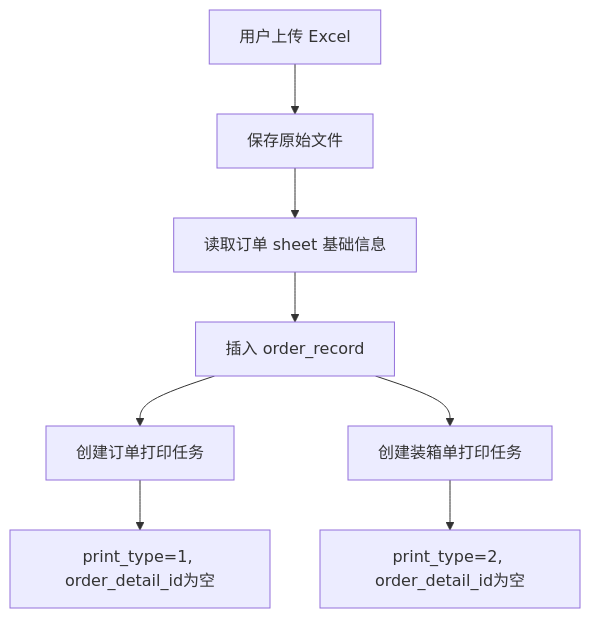
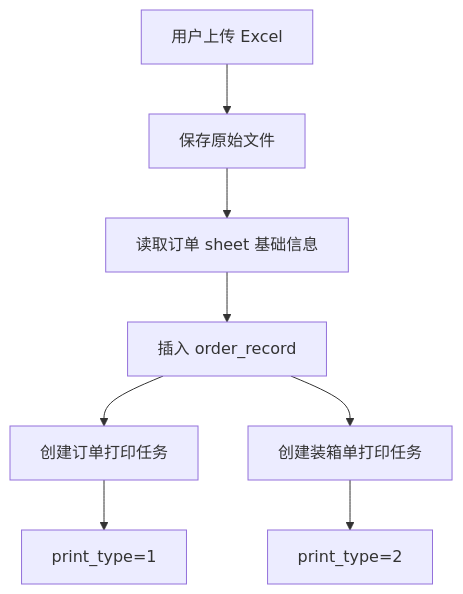
Before and after one commit to BleakWinter/shoe-factory-assistant: the first of 4 diagrams in docs/打印任务与识别流程设计.md, drawn with Mermaid. The commit also changed other lines of this file and 24 other files, not shown here.

````diff
--- a/docs/打印任务与识别流程设计.md
+++ b/docs/打印任务与识别流程设计.md
@@ -195,12 +190,12 @@
 ```mermaid
 flowchart TD
     A["用户上传 Excel"] --> B["保存原始文件"]
     B --> C["读取订单 sheet 基础信息"]
     C --> D["插入 order_record"]
 
     D --> E["创建订单打印任务"]
     D --> F["创建装箱单打印任务"]
 
-    E --> G["print_type=1, order_detail_id为空"]
-    F --> H["print_type=2, order_detail_id为空"]
+    E --> G["print_type=1"]
+    F --> H["print_type=2"]
 ```
````
